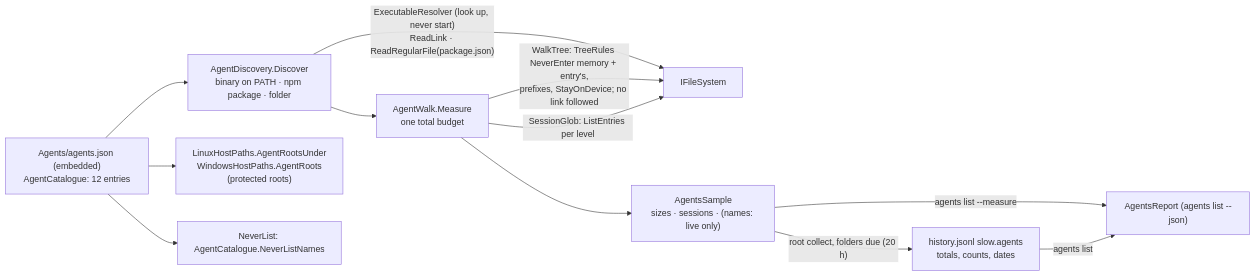
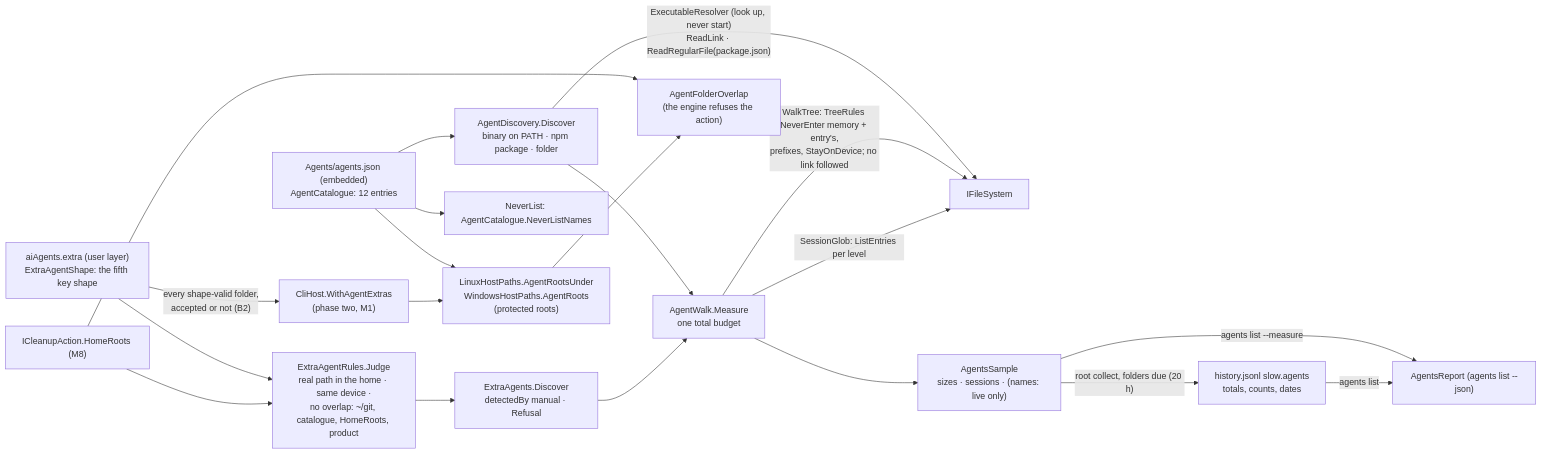
Before and after one commit to oleksandrdubyna88/wsl_care: diagram 27 of 31 in research/architecture.md, drawn with Mermaid. The commit also changed other lines of this file and 62 other files, not shown here.

````diff
--- a/research/architecture.md
+++ b/research/architecture.md
@@ -2479,14 +2479,22 @@
 ```mermaid
 flowchart LR
     catalogue["Agents/agents.json (embedded)<br/>AgentCatalogue: 12 entries"] --> discovery["AgentDiscovery.Discover<br/>binary on PATH · npm package · folder"]
     catalogue --> roots["LinuxHostPaths.AgentRootsUnder<br/>WindowsHostPaths.AgentRoots<br/>(protected roots)"]
     catalogue --> never["NeverList: AgentCatalogue.NeverListNames"]
     discovery -- "ExecutableResolver (look up, never start)<br/>ReadLink · ReadRegularFile(package.json)" --> fs["IFileSystem"]
     discovery --> walk["AgentWalk.Measure<br/>one total budget"]
     walk -- "WalkTree: TreeRules NeverEnter memory + entry's,<br/>prefixes, StayOnDevice; no link followed" --> fs
     walk -- "SessionGlob: ListEntries per level" --> fs
     walk --> sample["AgentsSample<br/>sizes · sessions · (names: live only)"]
     sample -- "root collect, folders due (20 h)" --> history["history.jsonl slow.agents<br/>totals, counts, dates"]
     sample -- "agents list --measure" --> report["AgentsReport (agents list --json)"]
     history -- "agents list" --> report
+    extra["aiAgents.extra (user layer)<br/>ExtraAgentShape: the fifth key shape"] --> rules["ExtraAgentRules.Judge<br/>real path in the home · same device ·<br/>no overlap: ~/git, catalogue, HomeRoots, product"]
+    rules --> extras["ExtraAgents.Discover<br/>detectedBy manual · Refusal"]
+    extras --> walk
+    extra -- "every shape-valid folder,<br/>accepted or not (B2)" --> host["CliHost.WithAgentExtras<br/>(phase two, M1)"]
+    host --> roots
+    homeroots["ICleanupAction.HomeRoots (M8)"] --> rules
+    homeroots --> gate["AgentFolderOverlap<br/>(the engine refuses the action)"]
+    roots --> gate
 ```
````
